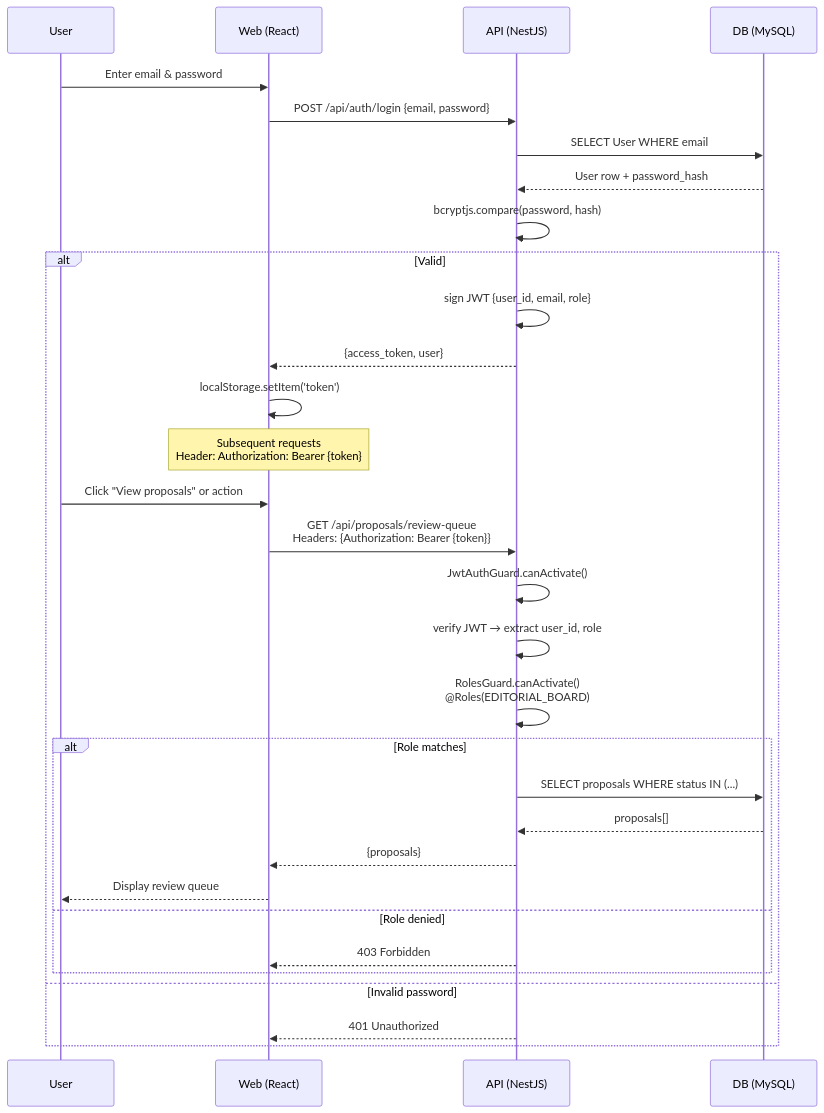
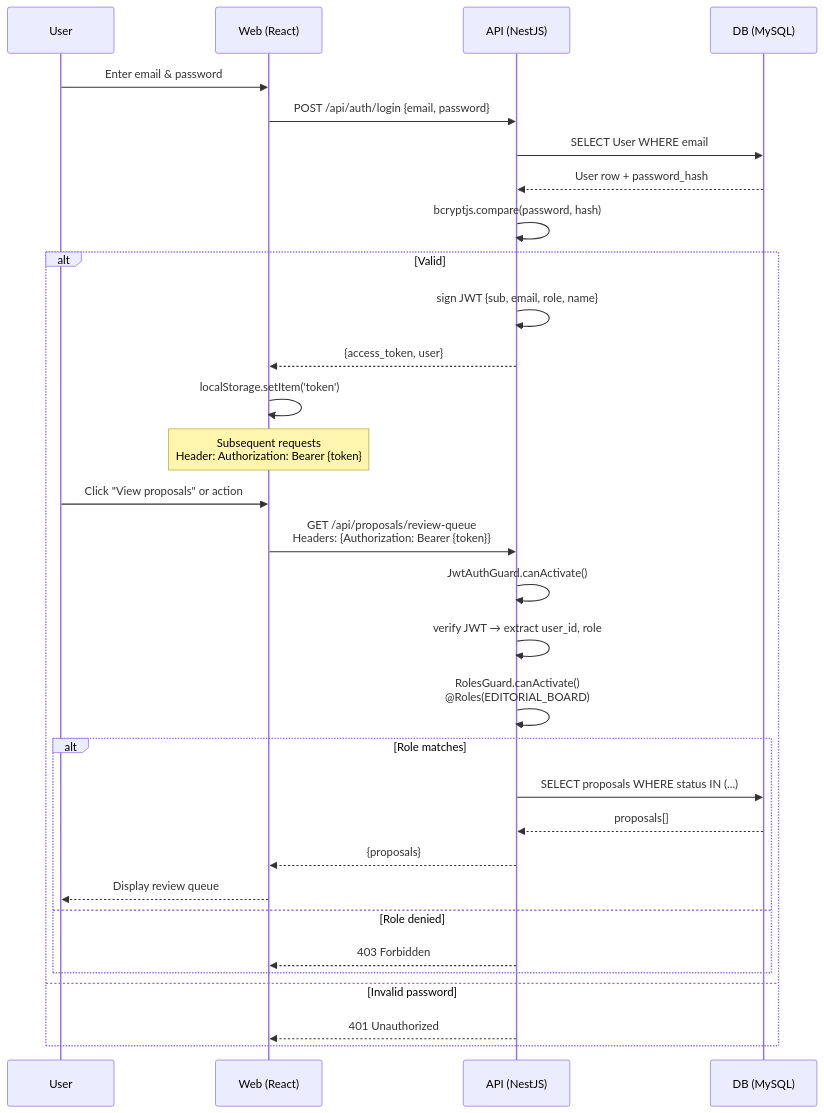
The first of 14 diagrams in documents/04-diagrams/02-sequence-diagrams.md (zun3007/Manga-Creation-Workflow-and-Publishing-Management-System), drawn with Mermaid before and after one commit. The commit also changed other lines of this file and 20 other files, not shown here.

First line of the commit message:
docs: sync all documentation to current code + fix 11 diagram render bugs

````diff
--- a/documents/04-diagrams/02-sequence-diagrams.md
+++ b/documents/04-diagrams/02-sequence-diagrams.md
@@ -9,34 +9,34 @@
 ```mermaid
 sequenceDiagram
     participant User
     participant Web as Web (React)
     participant API as API (NestJS)
     participant DB as DB (MySQL)
 
     User->>Web: Enter email & password
     Web->>API: POST /api/auth/login {email, password}
     API->>DB: SELECT User WHERE email
     DB-->>API: User row + password_hash
     API->>API: bcryptjs.compare(password, hash)
     alt Valid
-        API->>API: sign JWT {user_id, email, role}
+        API->>API: sign JWT {sub, email, role, name}
         API-->>Web: {access_token, user}
         Web->>Web: localStorage.setItem('token')
         Note over Web: Subsequent requests<br/>Header: Authorization: Bearer {token}
         User->>Web: Click "View proposals" or action
         Web->>API: GET /api/proposals/review-queue<br/>Headers: {Authorization: Bearer {token}}
         API->>API: JwtAuthGuard.canActivate()
         API->>API: verify JWT → extract user_id, role
         API->>API: RolesGuard.canActivate()<br/>@Roles(EDITORIAL_BOARD)
         alt Role matches
             API->>DB: SELECT proposals WHERE status IN (...)
             DB-->>API: proposals[]
             API-->>Web: {proposals}
             Web-->>User: Display review queue
         else Role denied
             API-->>Web: 403 Forbidden
         end
     else Invalid password
         API-->>Web: 401 Unauthorized
     end
 ```
````
